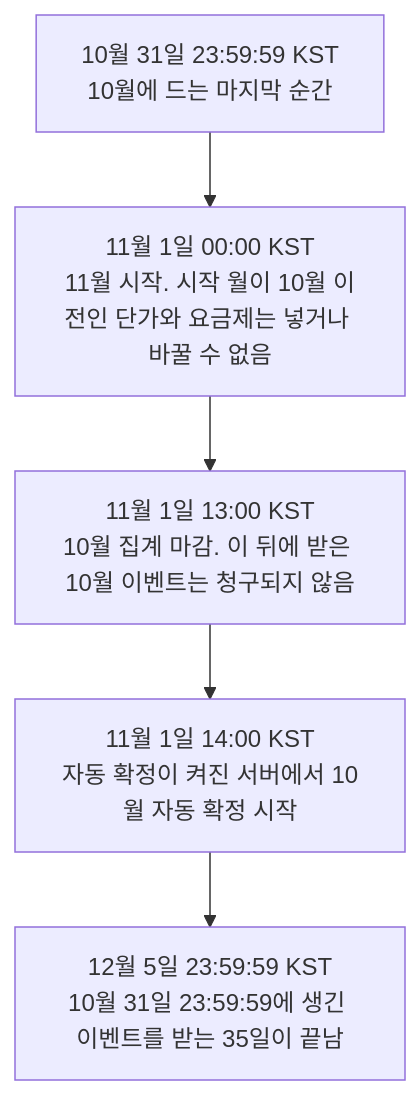
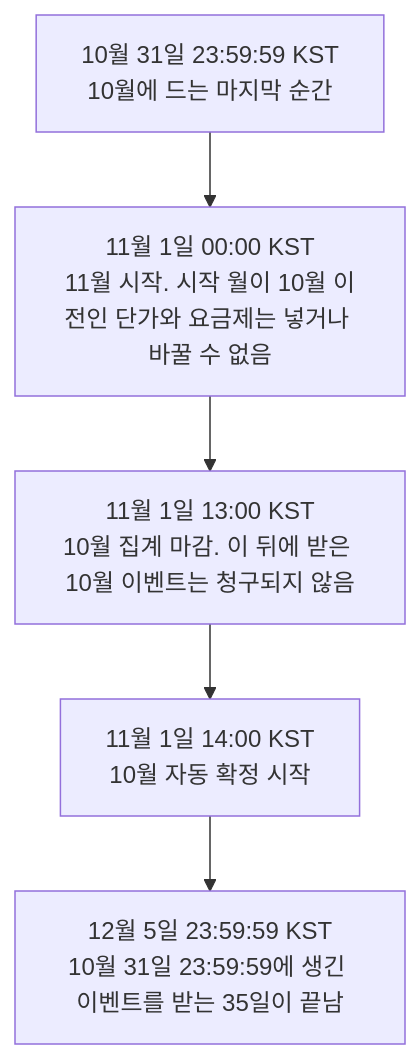
One commit to asm17-ms2/meterengine changed the diagram in guide/concepts/time-rules.mdx. Above: the diagram before and after it, drawn with Mermaid. The commit also changed other lines of this file and 65 other files, not shown here.

````diff
--- a/guide/concepts/time-rules.mdx
+++ b/guide/concepts/time-rules.mdx
@@ -79,8 +78,8 @@
 ```mermaid
 flowchart TD
   A["10월 31일 23:59:59 KST<br/>10월에 드는 마지막 순간"] --> B
   B["11월 1일 00:00 KST<br/>11월 시작. 시작 월이 10월 이전인 단가와 요금제는 넣거나 바꿀 수 없음"] --> C
   C["11월 1일 13:00 KST<br/>10월 집계 마감. 이 뒤에 받은 10월 이벤트는 청구되지 않음"] --> D
-  D["11월 1일 14:00 KST<br/>자동 확정이 켜진 서버에서 10월 자동 확정 시작"] --> E
+  D["11월 1일 14:00 KST<br/>10월 자동 확정 시작"] --> E
   E["12월 5일 23:59:59 KST<br/>10월 31일 23:59:59에 생긴 이벤트를 받는 35일이 끝남"]
 ```
````
